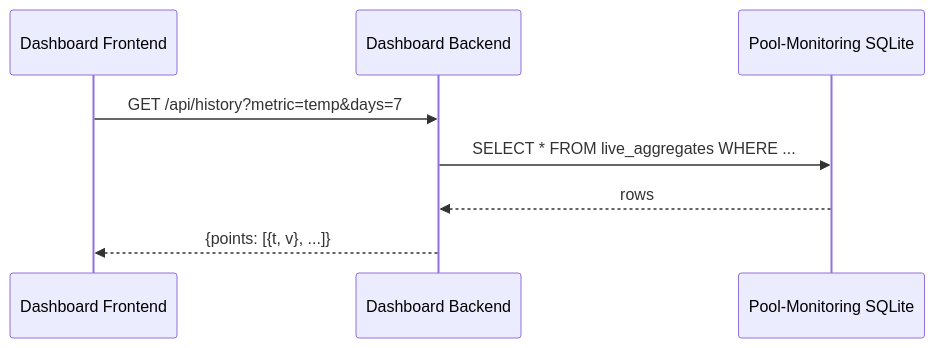
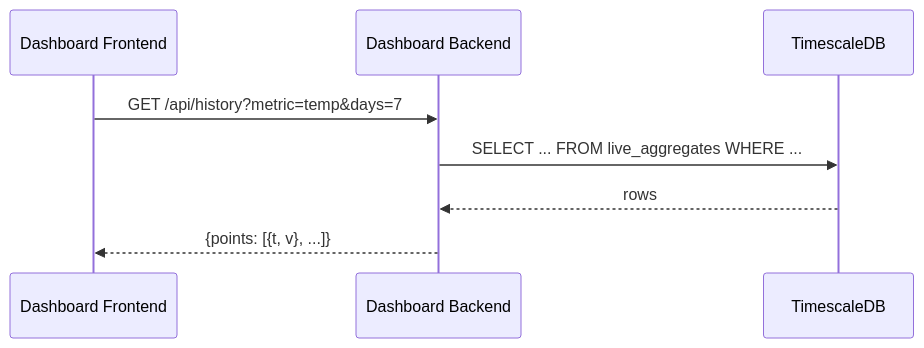
Before and after one commit to the-real-orca/Pool-Monitoring-WebApp: the fifth of 9 diagrams in Dashboard/docs/Pool-Dashboard - Functional Specification (FSD).md, drawn with Mermaid. The commit also changed other lines of this file and 10 other files, not shown here.

Commit message:
doc: update data flow

````diff
--- a/Dashboard/docs/Pool-Dashboard - Functional Specification (FSD).md
+++ b/Dashboard/docs/Pool-Dashboard - Functional Specification (FSD).md
@@ -148,11 +135,11 @@
 ```mermaid
 sequenceDiagram
     participant FE as Dashboard Frontend
     participant DB as Dashboard Backend
-    participant SQLite as Pool-Monitoring SQLite
+    participant TDB as TimescaleDB
 
     FE->>DB: GET /api/history?metric=temp&days=7
-    DB->>SQLite: SELECT * FROM live_aggregates WHERE ...
-    SQLite-->>DB: rows
+    DB->>TDB: SELECT ... FROM live_aggregates WHERE ...
+    TDB-->>DB: rows
     DB-->>FE: {points: [{t, v}, ...]}
 ```
````
